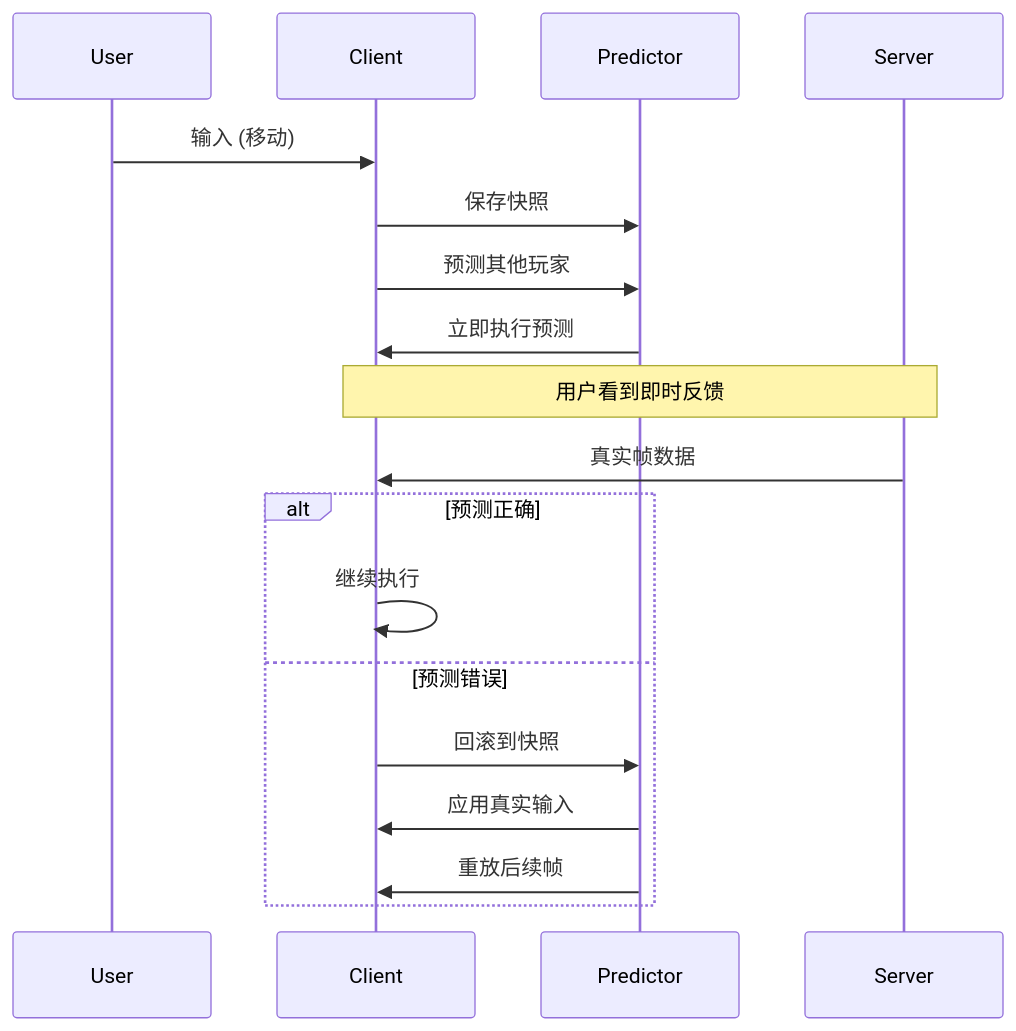
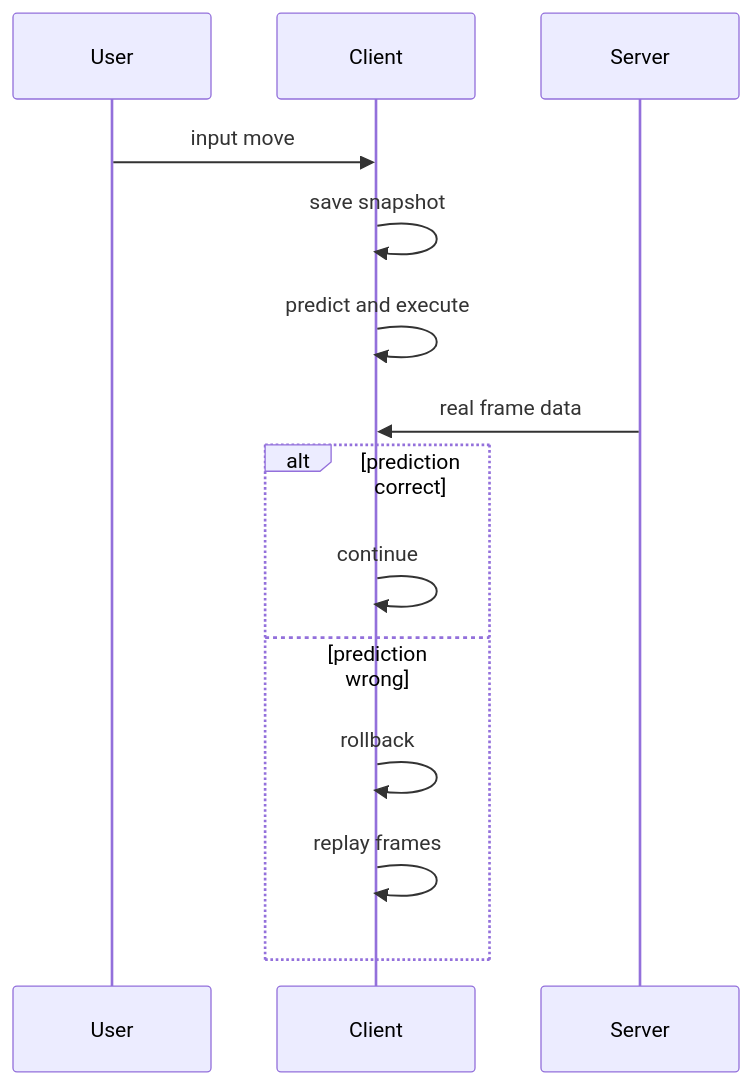
The third of 3 diagrams in README.md (kongshan001/game-frame-sync), drawn with Mermaid before and after one commit. The commit also changed other lines of this file, not shown here.

````diff
--- a/README.md
+++ b/README.md
@@ -444,24 +101,19 @@
 ```mermaid
 sequenceDiagram
     participant U as User
     participant C as Client
-    participant P as Predictor
     participant S as Server
     
-    U->>C: 输入 (移动)
-    C->>P: 保存快照
-    C->>P: 预测其他玩家
-    P->>C: 立即执行预测
+    U->>C: input move
+    C->>C: save snapshot
+    C->>C: predict and execute
     
-    Note over C,S: 用户看到即时反馈
+    S->>C: real frame data
     
-    S->>C: 真实帧数据
-    
-    alt 预测正确
-        C->>C: 继续执行
-    else 预测错误
-        C->>P: 回滚到快照
-        P->>C: 应用真实输入
-        P->>C: 重放后续帧
+    alt prediction correct
+        C->>C: continue
+    else prediction wrong
+        C->>C: rollback
+        C->>C: replay frames
     end
 ```
````
